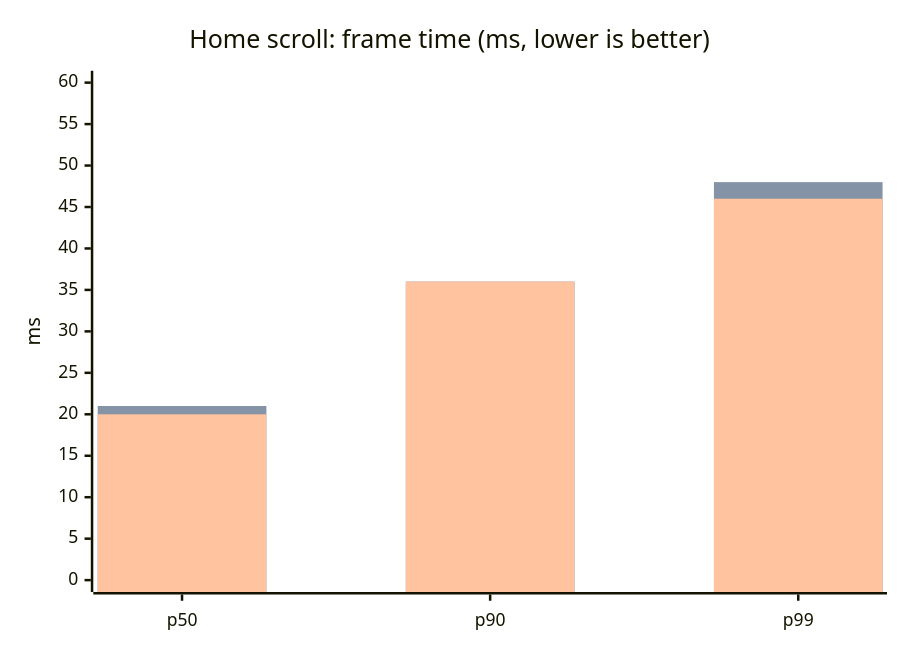
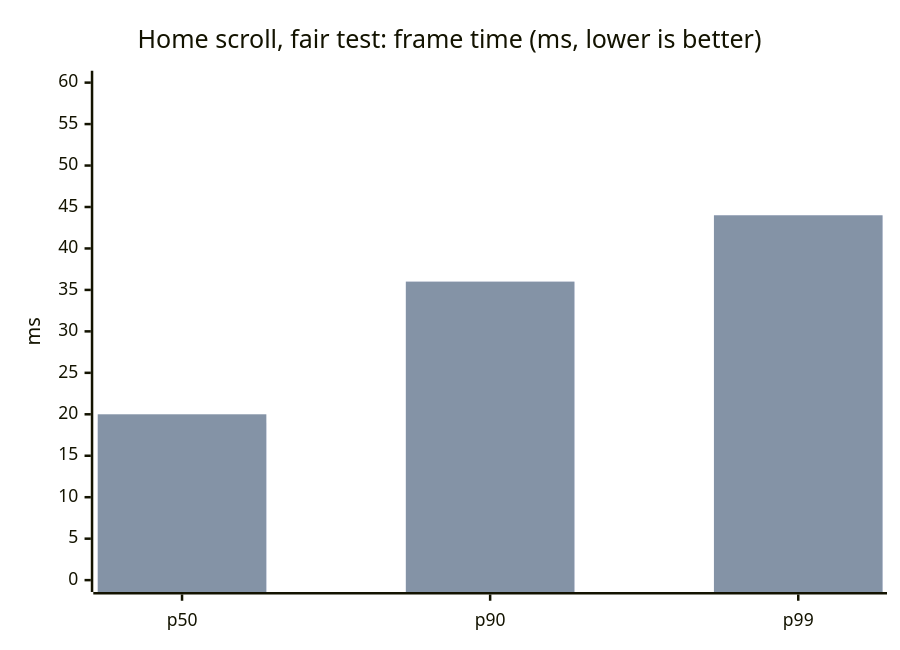
Before and after one commit to faiz03-glicth/teras-releases: the first of 3 diagrams in performance/README.md, drawn with Mermaid. The commit also changed other lines of this file and 3 other files, not shown here.

Commit message:
Performance page: the cool-phone test of 0.5.0's code against the latest, and a correction to the chart switch figure

````diff
--- a/performance/README.md
+++ b/performance/README.md
@@ -39,9 +36,8 @@
 ```mermaid
 xychart-beta
-  title "Home scroll: frame time (ms, lower is better)"
+  title "Home scroll, fair test: frame time (ms, lower is better)"
   x-axis ["p50", "p90", "p99"]
   y-axis "ms" 0 --> 60
-  bar [21, 36, 44]
-  bar [21, 36, 48]
-  bar [20, 36, 46]
+  bar [19, 36, 44]
+  bar [20, 36, 44]
 ```
````
